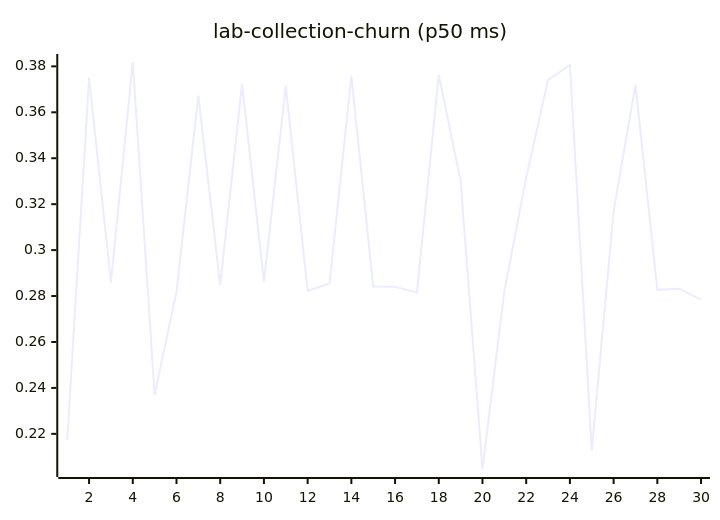
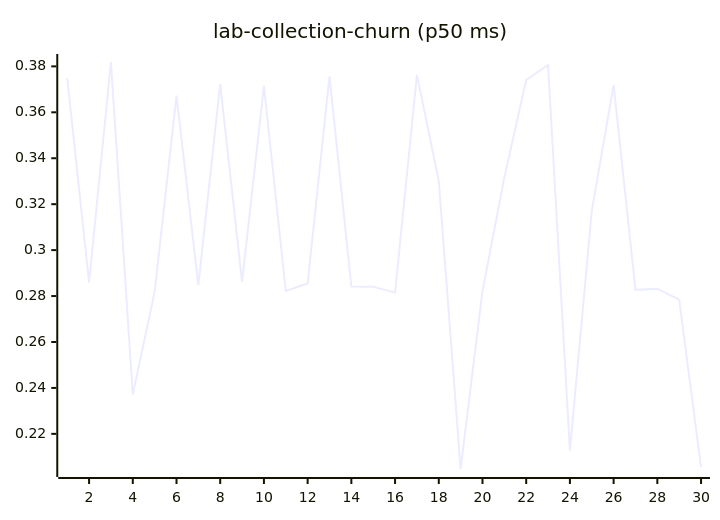
One commit to josha/Facet changed diagram 11 of 27 in README.md. Above: the diagram before and after it, drawn with Mermaid. The commit also changed other lines of this file and 2 other files, not shown here.

````diff
--- a/README.md
+++ b/README.md
@@ -133,6 +133,6 @@
 ```mermaid
 xychart-beta
     title "lab-collection-churn (p50 ms)"
     x-axis 1 --> 30
-    line [0.2173, 0.3750, 0.2859, 0.3819, 0.2371, 0.2818, 0.3673, 0.2848, 0.3724, 0.2861, 0.3715, 0.2822, 0.2855, 0.3757, 0.2842, 0.2840, 0.2815, 0.3763, 0.3301, 0.2047, 0.2821, 0.3316, 0.3741, 0.3806, 0.2127, 0.3170, 0.3719, 0.2827, 0.2832, 0.2784]
+    line [0.3750, 0.2859, 0.3819, 0.2371, 0.2818, 0.3673, 0.2848, 0.3724, 0.2861, 0.3715, 0.2822, 0.2855, 0.3757, 0.2842, 0.2840, 0.2815, 0.3763, 0.3301, 0.2047, 0.2821, 0.3316, 0.3741, 0.3806, 0.2127, 0.3170, 0.3719, 0.2827, 0.2832, 0.2784, 0.2055]
 ```
````
